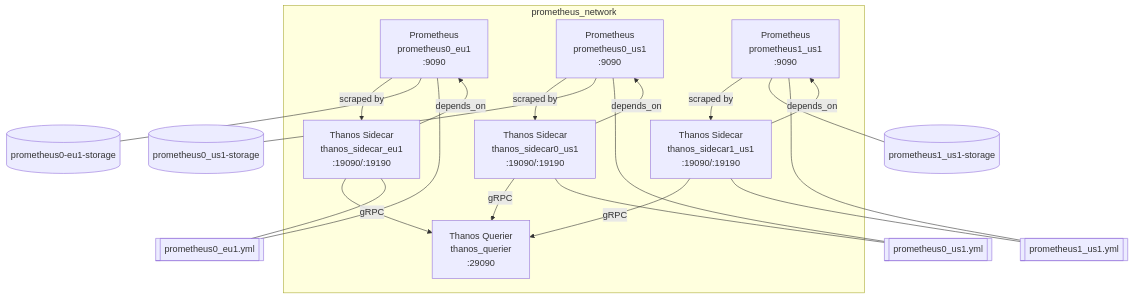
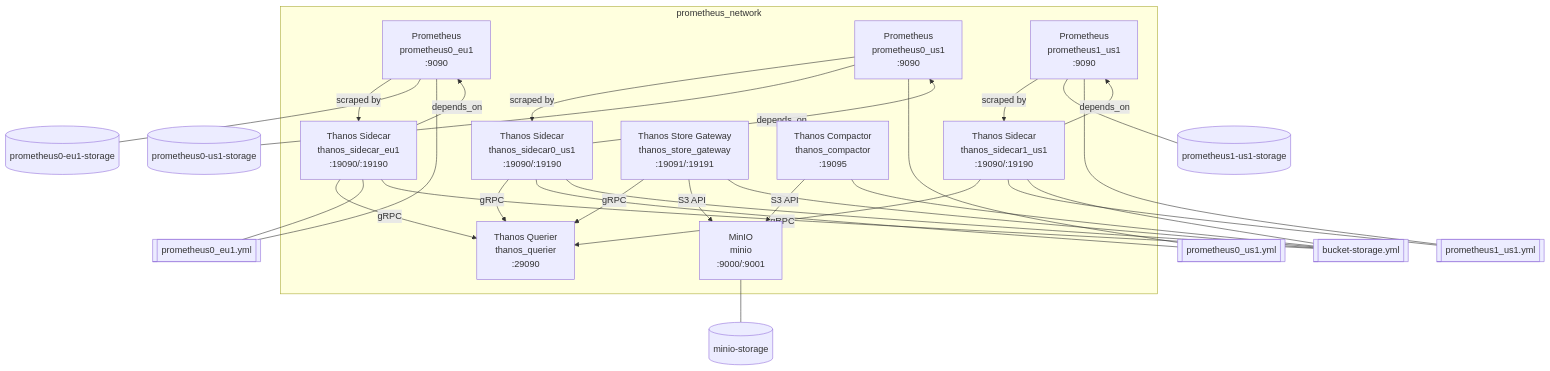
The diagram in .md (ahmad-athra/compose-files), drawn with Mermaid before and after one commit.

````diff
--- a/.md
+++ b/.md
@@ -1,49 +1,65 @@
 ```mermaid
 flowchart TD
     subgraph prometheus_network
         P0EU1[Prometheus<br/>prometheus0_eu1<br/>:9090]
         TSC_EU1[Thanos Sidecar<br/>thanos_sidecar_eu1<br/>:19090/:19190]
 
         P0US1[Prometheus<br/>prometheus0_us1<br/>:9090]
         TSC0_US1[Thanos Sidecar<br/>thanos_sidecar0_us1<br/>:19090/:19190]
 
         P1US1[Prometheus<br/>prometheus1_us1<br/>:9090]
         TSC1_US1[Thanos Sidecar<br/>thanos_sidecar1_us1<br/>:19090/:19190]
 
         TQ[Thanos Querier<br/>thanos_querier<br/>:29090]
+        TSGW[Thanos Store Gateway<br/>thanos_store_gateway<br/>:19091/:19191]
+        TC[Thanos Compactor<br/>thanos_compactor<br/>:19095]
+        MINIO[MinIO<br/>minio<br/>:9000/:9001]
     end
 
     %% Prometheus <-> Sidecar
     P0EU1 -- "scraped by" --> TSC_EU1
     TSC_EU1 -- "depends_on" --> P0EU1
 
     P0US1 -- "scraped by" --> TSC0_US1
     TSC0_US1 -- "depends_on" --> P0US1
 
     P1US1 -- "scraped by" --> TSC1_US1
     TSC1_US1 -- "depends_on" --> P1US1
 
     %% Sidecars <-> Querier
     TSC_EU1 -- gRPC --> TQ
     TSC0_US1 -- gRPC --> TQ
     TSC1_US1 -- gRPC --> TQ
+    TSGW -- gRPC --> TQ
+
+    %% Store Gateway <-> MinIO
+    TSGW -- S3 API --> MINIO
+    TC -- S3 API --> MINIO
 
     %% Volumes
     V1[(prometheus0-eu1-storage)]
-    V2[(prometheus0_us1-storage)]
-    V3[(prometheus1_us1-storage)]
+    V2[(prometheus0-us1-storage)]
+    V3[(prometheus1-us1-storage)]
+    VM[(minio-storage)]
     P0EU1 --- V1
     P0US1 --- V2
     P1US1 --- V3
+    MINIO --- VM
 
     %% Configs
     CFG1[[prometheus0_eu1.yml]]
     CFG2[[prometheus0_us1.yml]]
     CFG3[[prometheus1_us1.yml]]
+    BCFG[[bucket-storage.yml]]
     P0EU1 --- CFG1
     TSC_EU1 --- CFG1
     P0US1 --- CFG2
     TSC0_US1 --- CFG2
     P1US1 --- CFG3
     TSC1_US1 --- CFG3
+    TSC_EU1 --- BCFG
+    TSC0_US1 --- BCFG
+    TSC1_US1 --- BCFG
+    TSGW --- BCFG
+    TC --- BCFG
 ```
````
